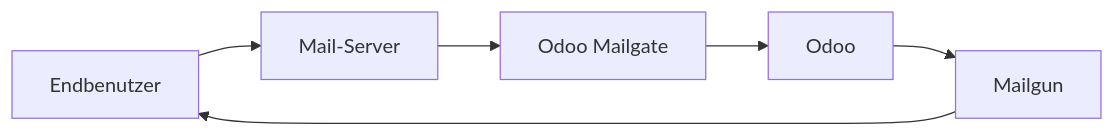
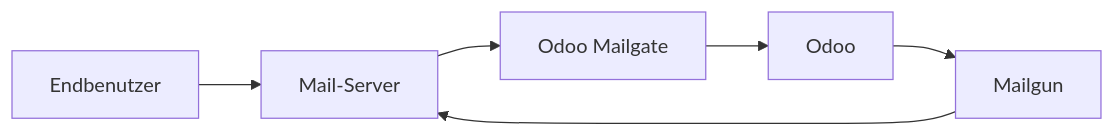
The seventh of 7 diagrams in E-Mails mit Odoo direkt versenden und empfangen.md (Mint-System/Wiki), drawn with Mermaid before and after one commit. The commit also changed other lines of this file, not shown here.

````diff
--- a/E-Mails mit Odoo direkt versenden und empfangen.md
+++ b/E-Mails mit Odoo direkt versenden und empfangen.md
@@ -36,8 +79,8 @@
 ```mermaid
 graph LR
     A[Endbenutzer] --> B[Mail-Server]
     B --> C[Odoo Mailgate]
     C --> D[Odoo]
     D --> E[Mailgun]
-    E --> A
+    E --> B
 ```
````
